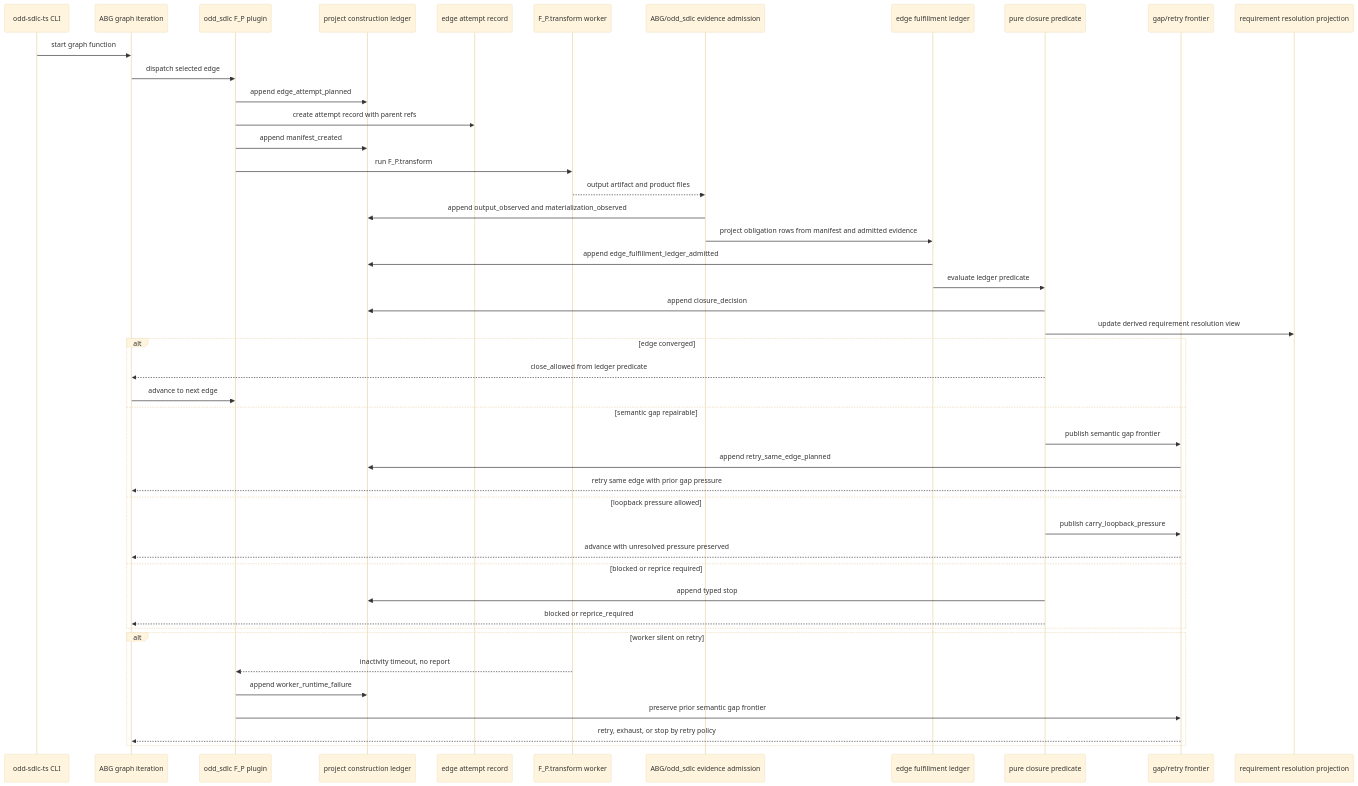
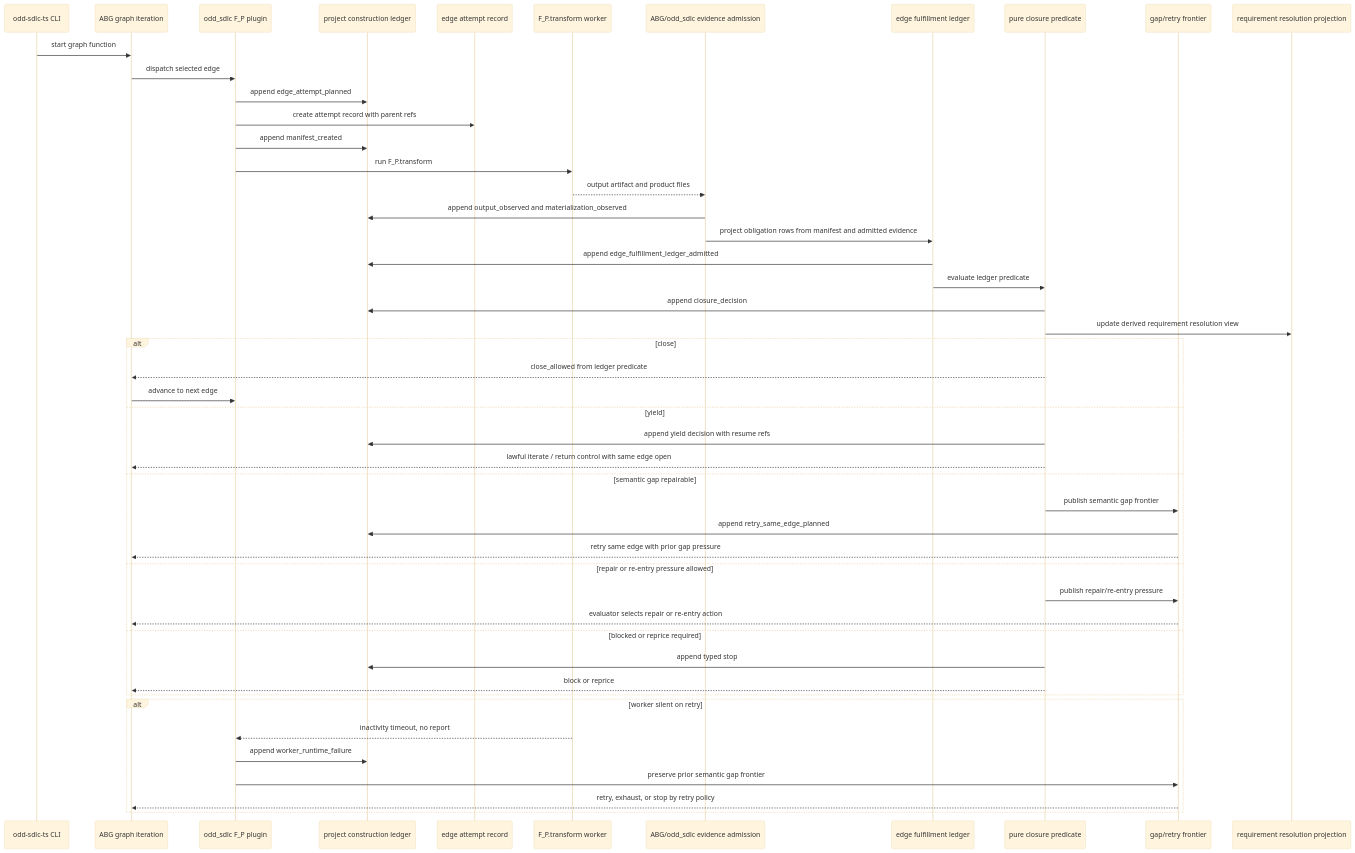
One commit to foolishimp/odd_sdlc changed the sixth of 6 diagrams in build_tenants/typescript/design/ODD_SDLC_TYPESCRIPT_TRAVERSAL_LEDGER_SOLUTION.md. Above: the diagram before and after it, drawn with Mermaid (base theme). The commit also changed other lines of this file and 27 other files, not shown here.

````diff
--- a/build_tenants/typescript/design/ODD_SDLC_TYPESCRIPT_TRAVERSAL_LEDGER_SOLUTION.md
+++ b/build_tenants/typescript/design/ODD_SDLC_TYPESCRIPT_TRAVERSAL_LEDGER_SOLUTION.md
@@ -722,50 +783,53 @@
 ```mermaid
 sequenceDiagram
   participant CLI as odd-sdlc-ts CLI
   participant ABG as ABG graph iteration
   participant Operator as odd_sdlc F_P plugin
   participant ProjectLedger as project construction ledger
   participant EdgeAttempt as edge attempt record
   participant Worker as F_P.transform worker
   participant Observe as ABG/odd_sdlc evidence admission
   participant EdgeLedger as edge fulfillment ledger
   participant Fold as pure closure predicate
   participant Frontier as gap/retry frontier
   participant Projection as requirement resolution projection
 
   CLI->>ABG: start graph function
   ABG->>Operator: dispatch selected edge
   Operator->>ProjectLedger: append edge_attempt_planned
   Operator->>EdgeAttempt: create attempt record with parent refs
   Operator->>ProjectLedger: append manifest_created
   Operator->>Worker: run F_P.transform
   Worker-->>Observe: output artifact and product files
   Observe->>ProjectLedger: append output_observed and materialization_observed
   Observe->>EdgeLedger: project obligation rows from manifest and admitted evidence
   EdgeLedger->>ProjectLedger: append edge_fulfillment_ledger_admitted
   EdgeLedger->>Fold: evaluate ledger predicate
   Fold->>ProjectLedger: append closure_decision
   Fold->>Projection: update derived requirement resolution view
 
-  alt edge converged
+  alt close
     Fold-->>ABG: close_allowed from ledger predicate
     ABG->>Operator: advance to next edge
+  else yield
+    Fold->>ProjectLedger: append yield decision with resume refs
+    Fold-->>ABG: lawful iterate / return control with same edge open
   else semantic gap repairable
     Fold->>Frontier: publish semantic gap frontier
     Frontier->>ProjectLedger: append retry_same_edge_planned
     Frontier-->>ABG: retry same edge with prior gap pressure
-  else loopback pressure allowed
-    Fold->>Frontier: publish carry_loopback_pressure
-    Frontier-->>ABG: advance with unresolved pressure preserved
+  else repair or re-entry pressure allowed
+    Fold->>Frontier: publish repair/re-entry pressure
+    Frontier-->>ABG: evaluator selects repair or re-entry action
   else blocked or reprice required
     Fold->>ProjectLedger: append typed stop
-    Fold-->>ABG: blocked or reprice_required
+    Fold-->>ABG: block or reprice
   end
 
   alt worker silent on retry
     Worker-->>Operator: inactivity timeout, no report
     Operator->>ProjectLedger: append worker_runtime_failure
     Operator->>Frontier: preserve prior semantic gap frontier
     Frontier-->>ABG: retry, exhaust, or stop by retry policy
   end
 ```
````
